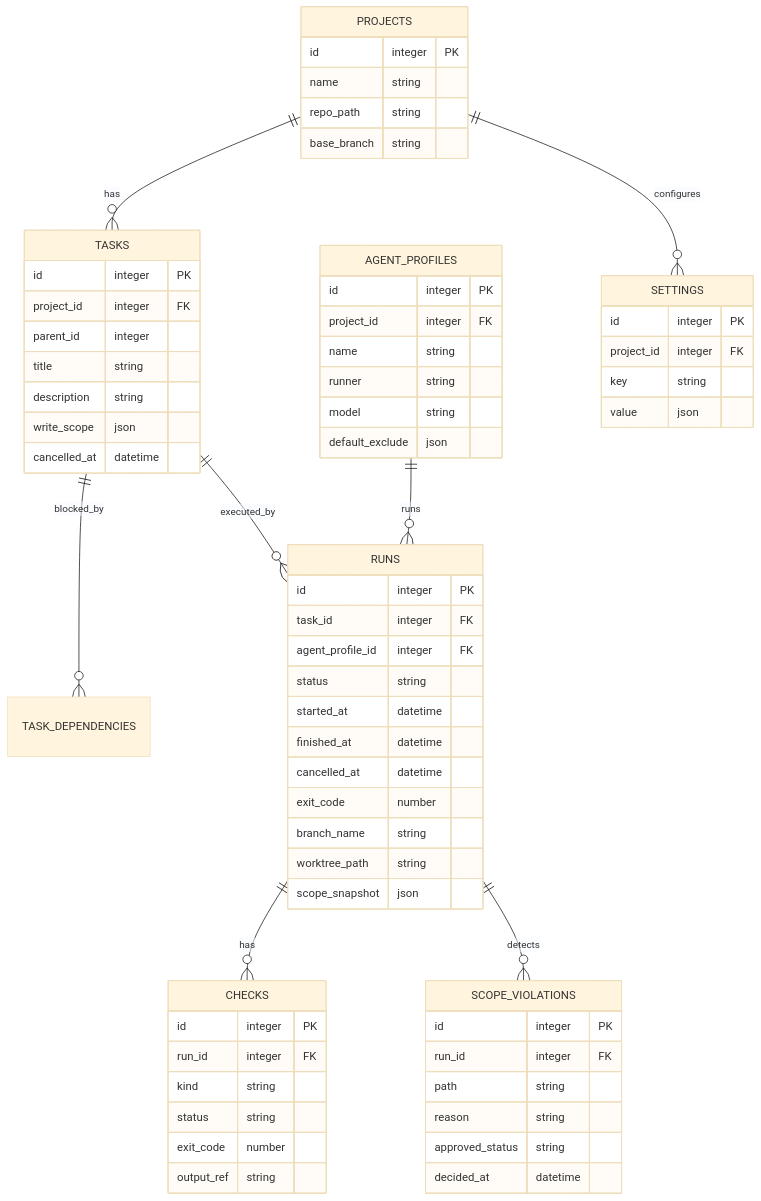
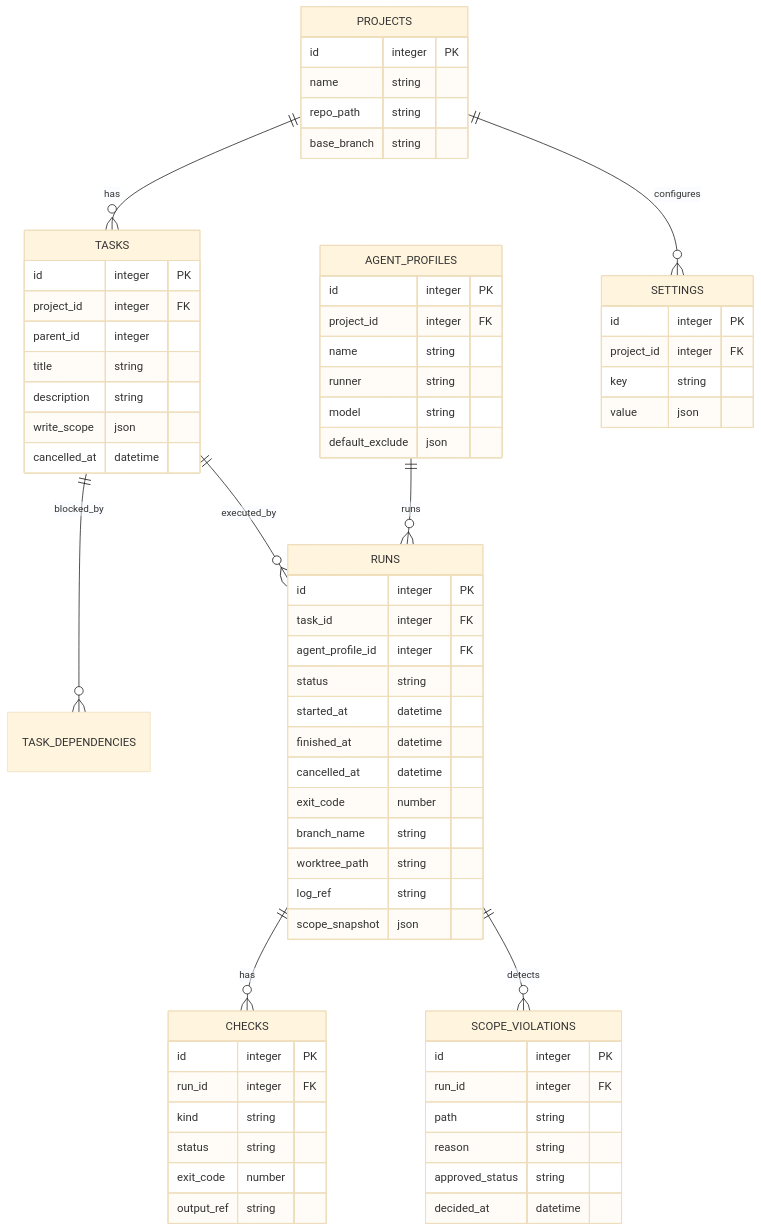
Before and after one commit to krtw00/AgentMine: the diagram in docs/03-details/data-model.md, drawn with Mermaid (base theme). The commit also changed other lines of this file and 16 other files, not shown here.

````diff
--- a/docs/03-details/data-model.md
+++ b/docs/03-details/data-model.md
@@ -22,75 +22,76 @@
 ```mermaid
 erDiagram
     PROJECTS ||--o{ TASKS : "has"
     TASKS ||--o{ TASK_DEPENDENCIES : "blocked_by"
     TASKS ||--o{ RUNS : "executed_by"
     AGENT_PROFILES ||--o{ RUNS : "runs"
     RUNS ||--o{ CHECKS : "has"
     RUNS ||--o{ SCOPE_VIOLATIONS : "detects"
     PROJECTS ||--o{ SETTINGS : "configures"
 
     PROJECTS {
         id integer PK
         name string
         repo_path string
         base_branch string
     }
 
     TASKS {
         id integer PK
         project_id integer FK
         parent_id integer
         title string
         description string
         write_scope json
         cancelled_at datetime
     }
 
     RUNS {
         id integer PK
         task_id integer FK
         agent_profile_id integer FK
         status string
         started_at datetime
         finished_at datetime
         cancelled_at datetime
         exit_code number
         branch_name string
         worktree_path string
+        log_ref string
         scope_snapshot json
     }
 
     CHECKS {
         id integer PK
         run_id integer FK
         kind string
         status string
         exit_code number
         output_ref string
     }
 
     SCOPE_VIOLATIONS {
         id integer PK
         run_id integer FK
         path string
         reason string
         approved_status string
         decided_at datetime
     }
 
     AGENT_PROFILES {
         id integer PK
         project_id integer FK
         name string
         runner string
         model string
         default_exclude json
     }
 
     SETTINGS {
         id integer PK
         project_id integer FK
         key string
         value json
     }
 ```
````
